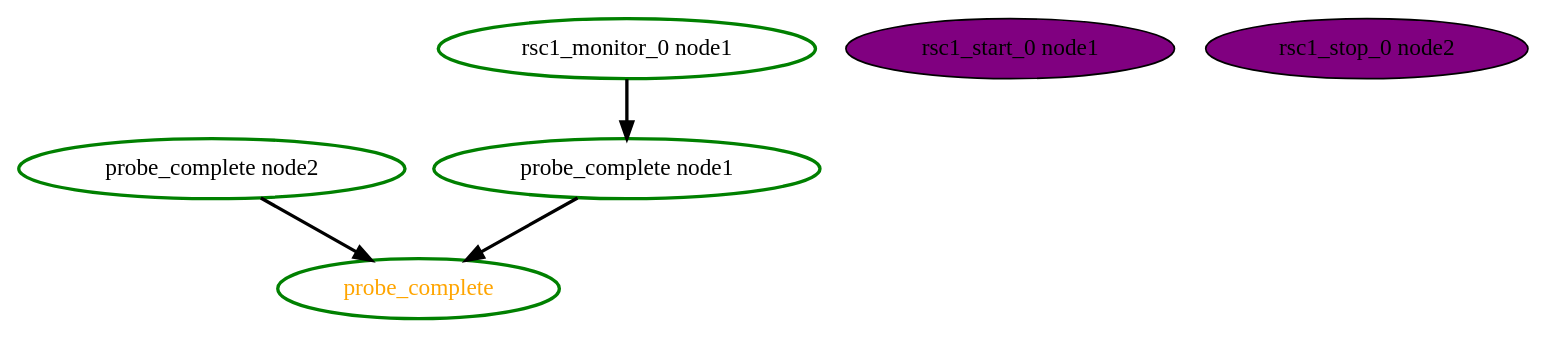
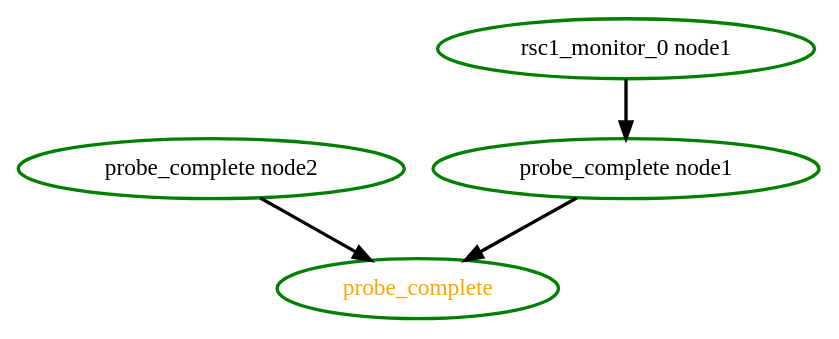
The diagram in crm/pengine/testcases/rec-rsc-4.dot (richiewen8/heartbeat), drawn with Graphviz before and after one commit. The commit also changed 9 other files, not shown here.

Commit message:
PE: Only show elements of the graph in the dot-file by default

```diff
--- a/crm/pengine/testcases/rec-rsc-4.dot
+++ b/crm/pengine/testcases/rec-rsc-4.dot
@@ -1,11 +1,9 @@
  digraph "g" {
 "probe_complete node1" -> "probe_complete" [ style = bold]
 "probe_complete node1" [ style=bold color="green" fontcolor="black" ]
 "probe_complete node2" -> "probe_complete" [ style = bold]
 "probe_complete node2" [ style=bold color="green" fontcolor="black" ]
 "probe_complete" [ style=bold color="green" fontcolor="orange" ]
 "rsc1_monitor_0 node1" -> "probe_complete node1" [ style = bold]
 "rsc1_monitor_0 node1" [ style=bold color="green" fontcolor="black" ]
-"rsc1_start_0 node1" [ style=filled color="black" fontcolor="black"  fillcolor=purple]
-"rsc1_stop_0 node2" [ style=filled color="black" fontcolor="black"  fillcolor=purple]
 }
```
